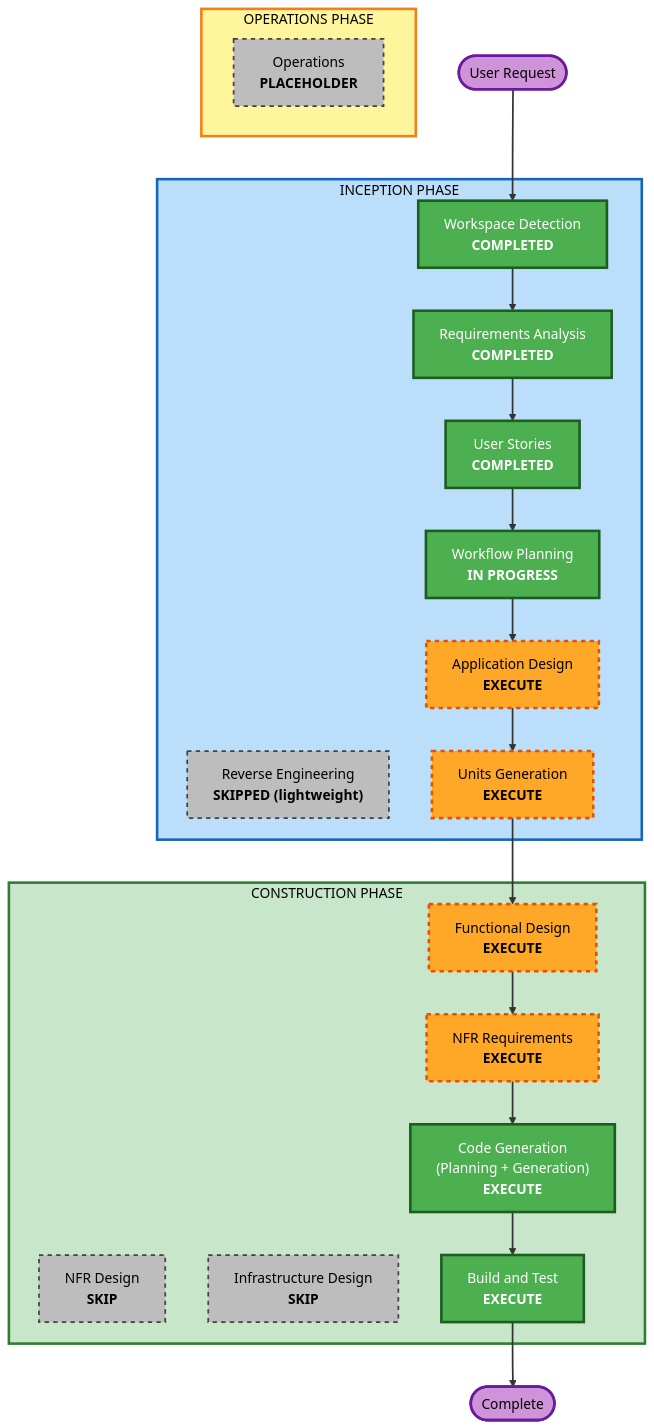
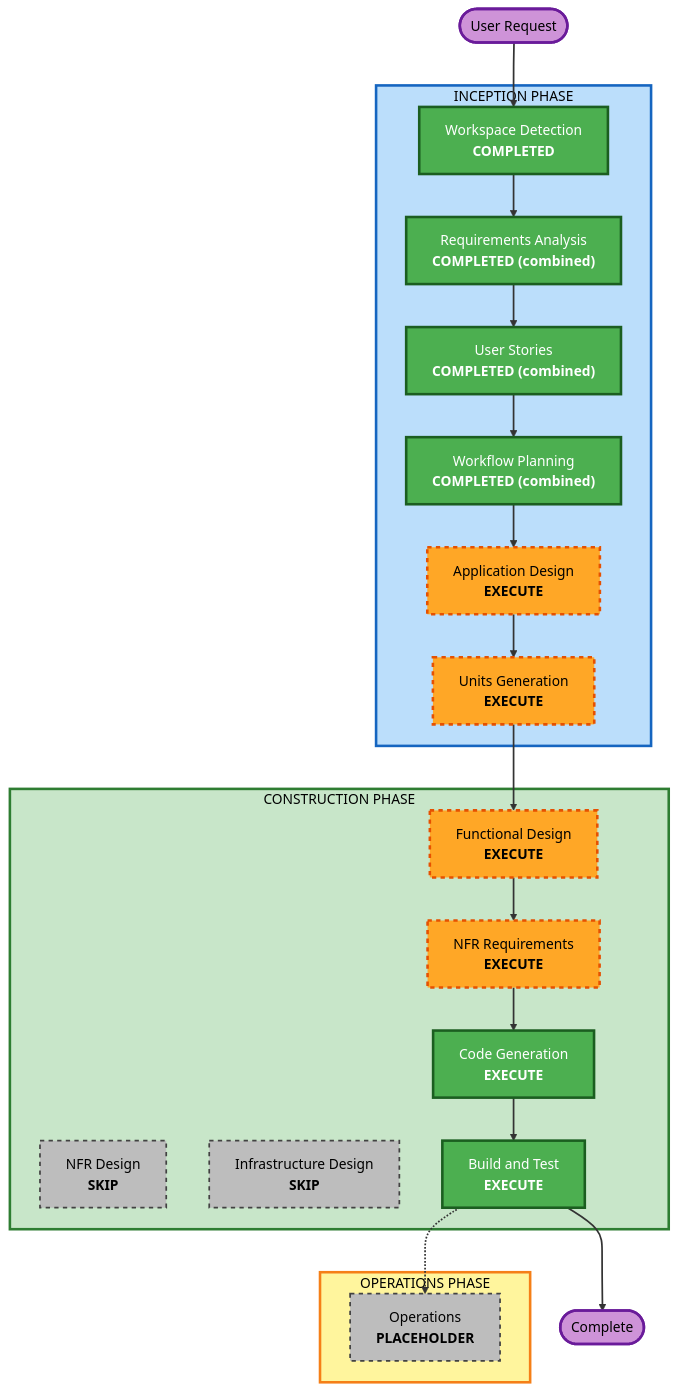
One commit to NNLoat/kiro-hackathon-carreer-path changed the diagram in aidlc-docs/inception/plans/execution-plan.md. Above: the diagram before and after it, drawn with Mermaid (base theme). The commit also changed other lines of this file and 4 other files, not shown here.

````diff
--- a/aidlc-docs/inception/plans/execution-plan.md
+++ b/aidlc-docs/inception/plans/execution-plan.md
@@ -30,61 +14,50 @@
 ```mermaid
 flowchart TD
     Start(["User Request"])
 
     subgraph INCEPTION["INCEPTION PHASE"]
         WD["Workspace Detection<br/><b>COMPLETED</b>"]
-        RE["Reverse Engineering<br/><b>SKIPPED (lightweight)</b>"]
-        RA["Requirements Analysis<br/><b>COMPLETED</b>"]
-        US["User Stories<br/><b>COMPLETED</b>"]
-        WP["Workflow Planning<br/><b>IN PROGRESS</b>"]
+        RA["Requirements Analysis<br/><b>COMPLETED (combined)</b>"]
+        US["User Stories<br/><b>COMPLETED (combined)</b>"]
+        WP["Workflow Planning<br/><b>COMPLETED (combined)</b>"]
         AD["Application Design<br/><b>EXECUTE</b>"]
         UG["Units Generation<br/><b>EXECUTE</b>"]
     end
 
     subgraph CONSTRUCTION["CONSTRUCTION PHASE"]
         FD["Functional Design<br/><b>EXECUTE</b>"]
         NFRA["NFR Requirements<br/><b>EXECUTE</b>"]
         NFRD["NFR Design<br/><b>SKIP</b>"]
         ID["Infrastructure Design<br/><b>SKIP</b>"]
-        CG["Code Generation<br/>(Planning + Generation)<br/><b>EXECUTE</b>"]
+        CG["Code Generation<br/><b>EXECUTE</b>"]
         BT["Build and Test<br/><b>EXECUTE</b>"]
     end
 
     subgraph OPERATIONS["OPERATIONS PHASE"]
         OPS["Operations<br/><b>PLACEHOLDER</b>"]
     end
 
-    Start --> WD
-    WD --> RA
-    RA --> US
-    US --> WP
-    WP --> AD
-    AD --> UG
-    UG --> FD
-    FD --> NFRA
-    NFRA --> CG
-    CG --> BT
-    BT --> End(["Complete"])
+    Start --> WD --> RA --> US --> WP --> AD --> UG --> FD --> NFRA --> CG --> BT --> End(["Complete"])
+    BT -.-> OPS
 
     style WD fill:#4CAF50,stroke:#1B5E20,stroke-width:3px,color:#fff
     style RA fill:#4CAF50,stroke:#1B5E20,stroke-width:3px,color:#fff
     style US fill:#4CAF50,stroke:#1B5E20,stroke-width:3px,color:#fff
     style WP fill:#4CAF50,stroke:#1B5E20,stroke-width:3px,color:#fff
-    style CG fill:#4CAF50,stroke:#1B5E20,stroke-width:3px,color:#fff
-    style BT fill:#4CAF50,stroke:#1B5E20,stroke-width:3px,color:#fff
     style AD fill:#FFA726,stroke:#E65100,stroke-width:3px,stroke-dasharray: 5 5,color:#000
     style UG fill:#FFA726,stroke:#E65100,stroke-width:3px,stroke-dasharray: 5 5,color:#000
     style FD fill:#FFA726,stroke:#E65100,stroke-width:3px,stroke-dasharray: 5 5,color:#000
     style NFRA fill:#FFA726,stroke:#E65100,stroke-width:3px,stroke-dasharray: 5 5,color:#000
     style NFRD fill:#BDBDBD,stroke:#424242,stroke-width:2px,stroke-dasharray: 5 5,color:#000
     style ID fill:#BDBDBD,stroke:#424242,stroke-width:2px,stroke-dasharray: 5 5,color:#000
-    style RE fill:#BDBDBD,stroke:#424242,stroke-width:2px,stroke-dasharray: 5 5,color:#000
+    style CG fill:#4CAF50,stroke:#1B5E20,stroke-width:3px,color:#fff
+    style BT fill:#4CAF50,stroke:#1B5E20,stroke-width:3px,color:#fff
     style OPS fill:#BDBDBD,stroke:#424242,stroke-width:2px,stroke-dasharray: 5 5,color:#000
     style INCEPTION fill:#BBDEFB,stroke:#1565C0,stroke-width:3px,color:#000
     style CONSTRUCTION fill:#C8E6C9,stroke:#2E7D32,stroke-width:3px,color:#000
     style OPERATIONS fill:#FFF59D,stroke:#F57F17,stroke-width:3px,color:#000
     style Start fill:#CE93D8,stroke:#6A1B9A,stroke-width:3px,color:#000
     style End fill:#CE93D8,stroke:#6A1B9A,stroke-width:3px,color:#000
 
     linkStyle default stroke:#333,stroke-width:2px
 ```
````
